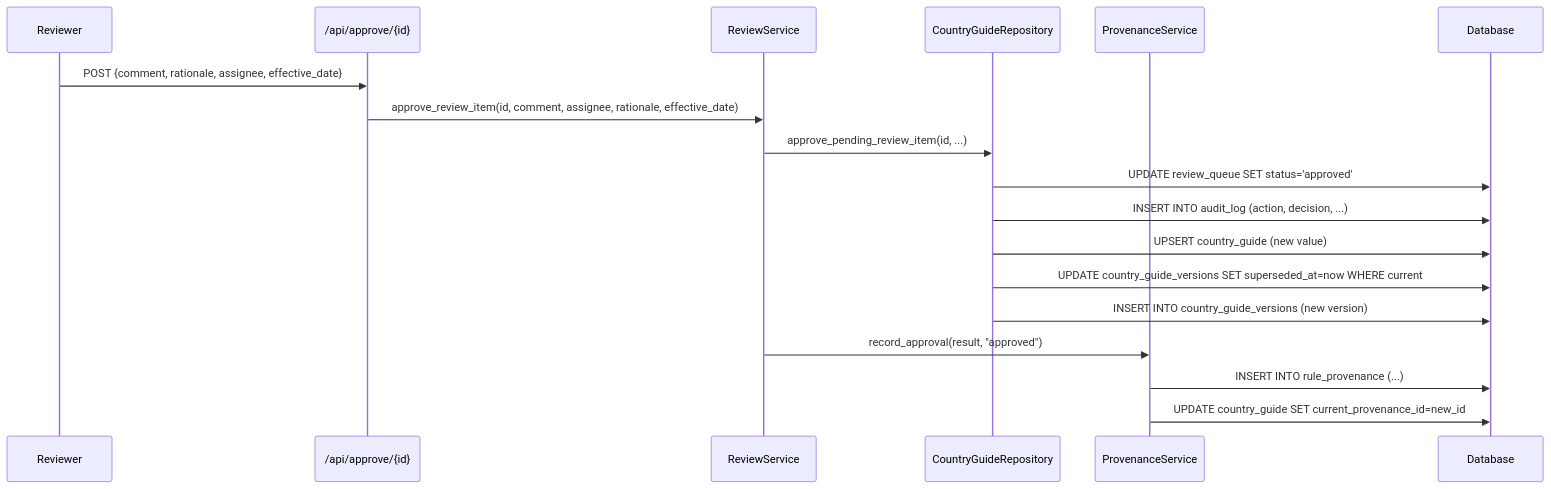
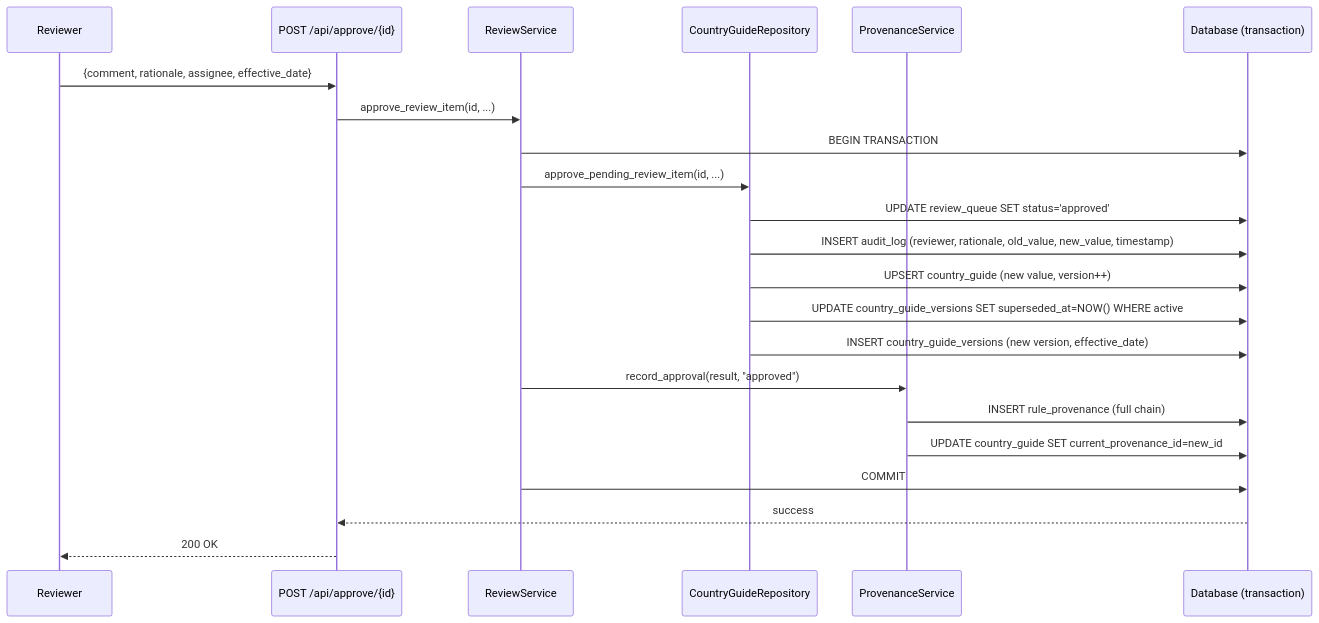
One commit to guptashivansh/country-guide-reconciliation changed the second of 2 diagrams in docs/modules/review-workflow.md. Above: the diagram before and after it, drawn with Mermaid. The commit also changed other lines of this file and 12 other files, not shown here.

````diff
--- a/docs/modules/review-workflow.md
+++ b/docs/modules/review-workflow.md
@@ -59,23 +210,25 @@
 ```mermaid
 sequenceDiagram
     participant Reviewer
-    participant API as /api/approve/{id}
+    participant API as POST /api/approve/{id}
     participant RS as ReviewService
     participant CGR as CountryGuideRepository
     participant PS as ProvenanceService
-    participant DB as Database
+    participant DB as Database (transaction)
 
-    Reviewer->>API: POST {comment, rationale, assignee, effective_date}
-    API->>RS: approve_review_item(id, comment, assignee, rationale, effective_date)
+    Reviewer->>API: {comment, rationale, assignee, effective_date}
+    API->>RS: approve_review_item(id, ...)
+    RS->>DB: BEGIN TRANSACTION
     RS->>CGR: approve_pending_review_item(id, ...)
-
     CGR->>DB: UPDATE review_queue SET status='approved'
-    CGR->>DB: INSERT INTO audit_log (action, decision, ...)
-    CGR->>DB: UPSERT country_guide (new value)
-    CGR->>DB: UPDATE country_guide_versions SET superseded_at=now WHERE current
-    CGR->>DB: INSERT INTO country_guide_versions (new version)
-
+    CGR->>DB: INSERT audit_log (reviewer, rationale, old_value, new_value, timestamp)
+    CGR->>DB: UPSERT country_guide (new value, version++)
+    CGR->>DB: UPDATE country_guide_versions SET superseded_at=NOW() WHERE active
+    CGR->>DB: INSERT country_guide_versions (new version, effective_date)
     RS->>PS: record_approval(result, "approved")
-    PS->>DB: INSERT INTO rule_provenance (...)
+    PS->>DB: INSERT rule_provenance (full chain)
     PS->>DB: UPDATE country_guide SET current_provenance_id=new_id
+    RS->>DB: COMMIT
+    DB-->>API: success
+    API-->>Reviewer: 200 OK
 ```
````
